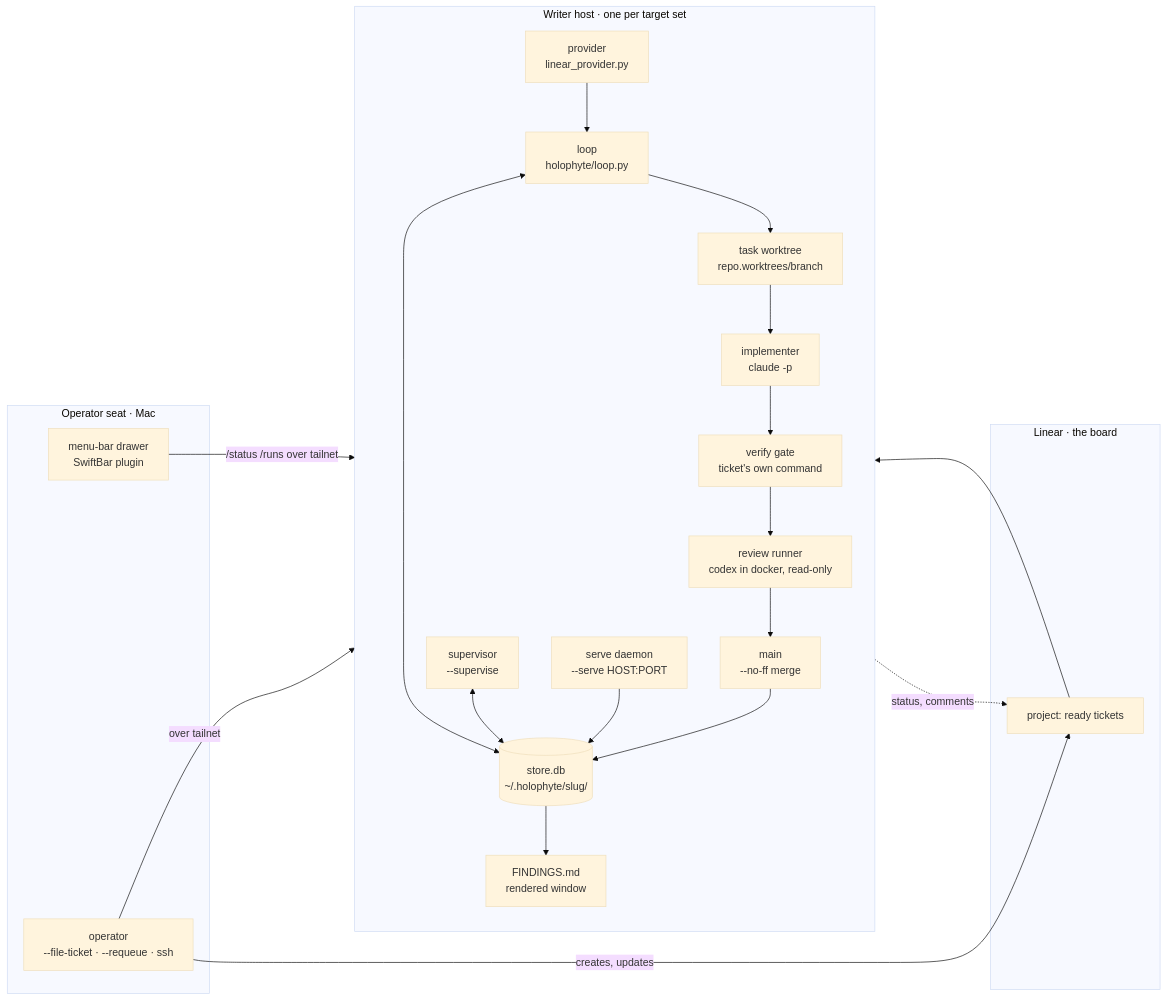
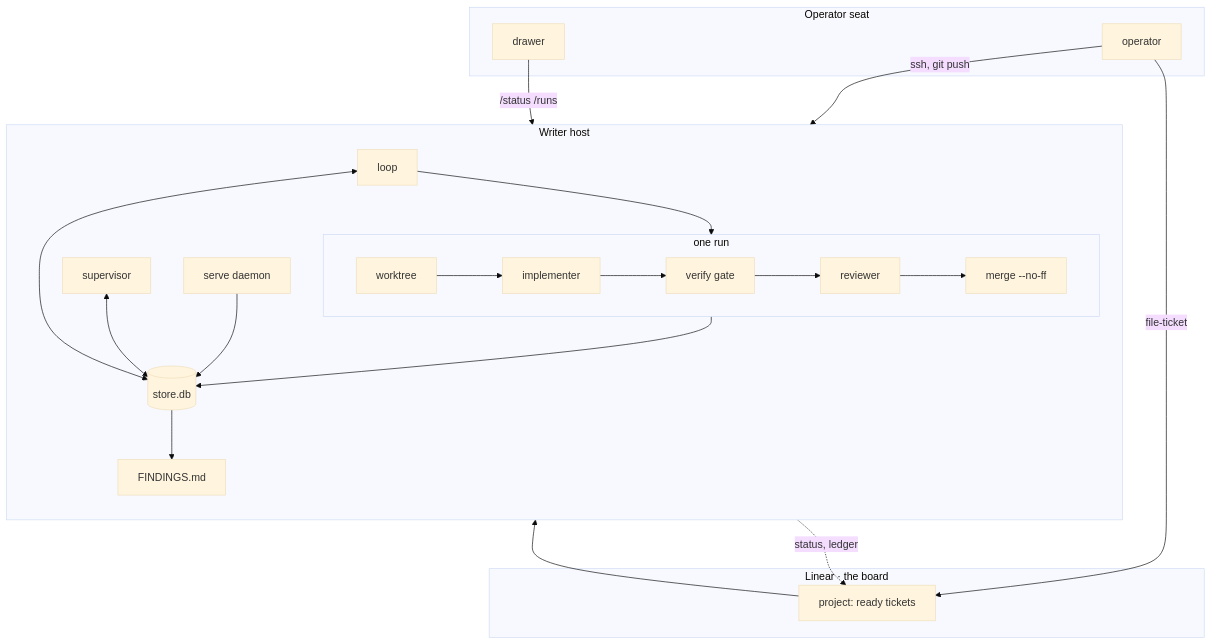
The diagram in docs/architecture/overview.md (wevial/holophyte), drawn with Mermaid (base theme) before and after one commit. The commit also changed 1 other file, not shown here.

Commit message:
docs: stack the overview diagram top-down; enable md_in_html and emoji for the home cards

````diff
--- a/docs/architecture/overview.md
+++ b/docs/architecture/overview.md
@@ -8,34 +8,33 @@
 ```mermaid
-flowchart LR
+flowchart TB
   subgraph board[Linear · the board]
     L[project: ready tickets]
   end
-  subgraph writer[Writer host · one per target set]
+  subgraph writer[Writer host]
     direction TB
-    LP[provider\nlinear_provider.py]
-    F[loop\nholophyte/loop.py]
-    ST[(store.db\n~/.holophyte/slug/)]
-    SUP[supervisor\n--supervise]
-    D[serve daemon\n--serve HOST:PORT]
-    WT[task worktree\nrepo.worktrees/branch]
-    IMP[implementer\nclaude -p]
-    VG[verify gate\nticket's own command]
-    RR[review runner\ncodex in docker, read-only]
-    M[main\n--no-ff merge]
-    FD[FINDINGS.md\nrendered window]
+    F[loop]
+    SUP[supervisor]
+    D[serve daemon]
+    ST[(store.db)]
+    subgraph run[one run]
+      direction LR
+      WT[worktree] --> IMP[implementer] --> VG[verify gate] --> RR[reviewer] --> M[merge --no-ff]
+    end
+    FD[FINDINGS.md]
   end
-  subgraph seat[Operator seat · Mac]
-    DR[menu-bar drawer\nSwiftBar plugin]
-    OP[operator\n--file-ticket · --requeue · ssh]
+  subgraph seat[Operator seat]
+    DR[drawer]
+    OP[operator]
   end
-  L --> LP --> F
-  F --> WT --> IMP --> VG --> RR --> M
+  L --> F
+  F --> run
   F <--> ST
   SUP <--> ST
   D --> ST
-  M --> ST --> FD
-  ST -. status, comments .-> L
-  DR -- /status /runs over tailnet --> D
-  OP -- over tailnet --> writer
-  OP -- creates, updates --> L
+  M --> ST
+  ST --> FD
+  ST -. status, ledger .-> L
+  DR -- /status /runs --> D
+  OP -- ssh, git push --> writer
+  OP -- file-ticket --> L
 ```
````
